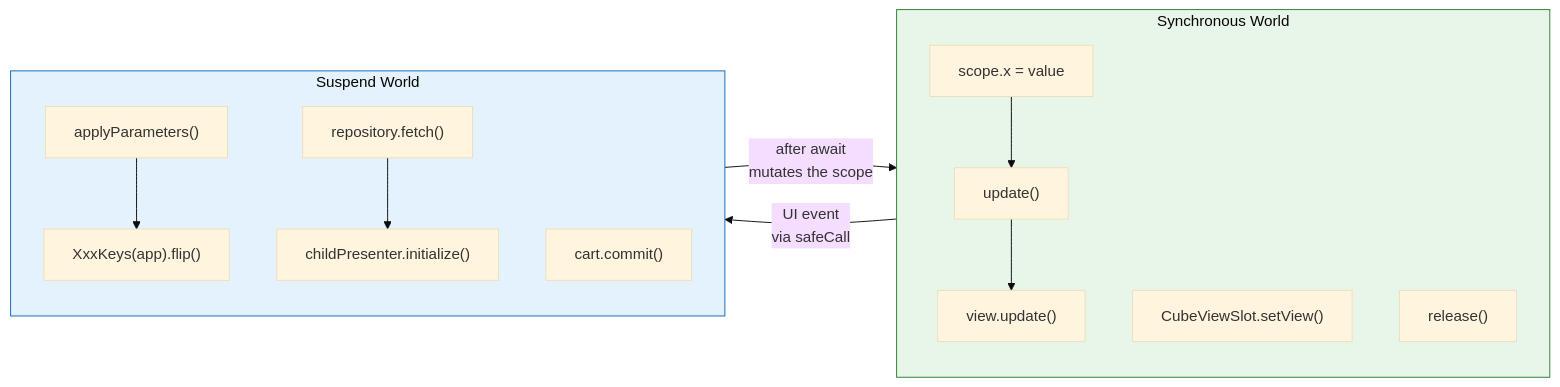
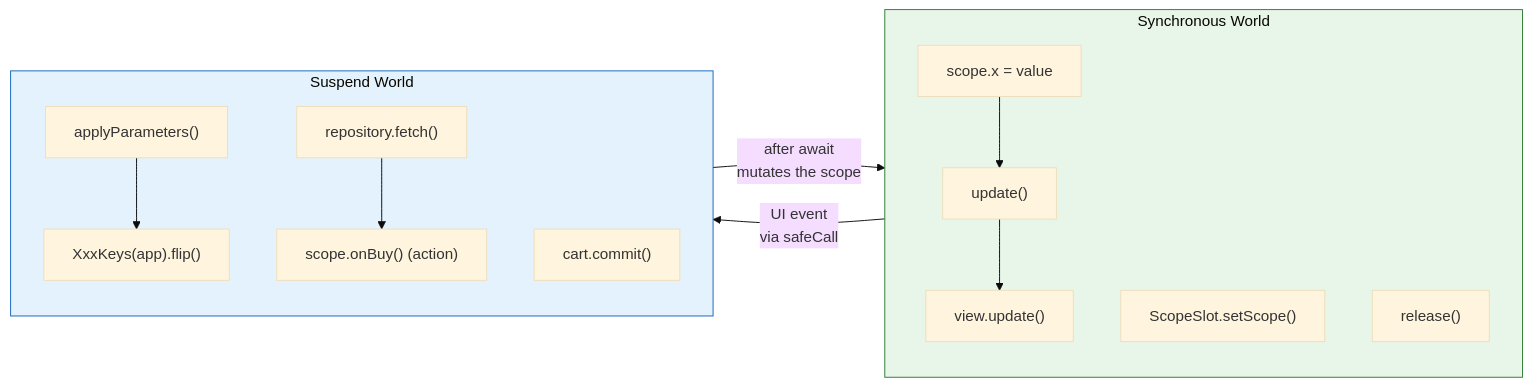
One commit to mrcdom/wdc-cube-kotlin changed diagram 11 of 19 in docs/architecture-cube.md. Above: the diagram before and after it, drawn with Mermaid (base theme). The commit also changed other lines of this file and 14 other files, not shown here.

````diff
--- a/docs/architecture-cube.md
+++ b/docs/architecture-cube.md
@@ -628,29 +725,29 @@
 ```mermaid
 flowchart LR
     subgraph SYNC["Synchronous World"]
         direction TB
         S1["scope.x = value"]
         S2["update()"]
         S3["view.update()"]
-        S4["CubeViewSlot.setView()"]
+        S4["ScopeSlot.setScope()"]
         S5["release()"]
         S1 --> S2 --> S3
     end
 
     subgraph SUSPEND["Suspend World"]
         direction TB
         A1["applyParameters()"]
         A2["XxxKeys(app).flip()"]
         A3["repository.fetch()"]
-        A4["childPresenter.initialize()"]
+        A4["scope.onBuy() (action)"]
         A5["cart.commit()"]
         A1 --> A2
         A3 --> A4
     end
 
     SUSPEND -->|"after await\nmutates the scope"| SYNC
     SYNC -->|"UI event\nvia safeCall"| SUSPEND
 
     style SYNC fill:#e8f5e9,stroke:#2e7d32
     style SUSPEND fill:#e3f2fd,stroke:#1565c0
 ```
````
